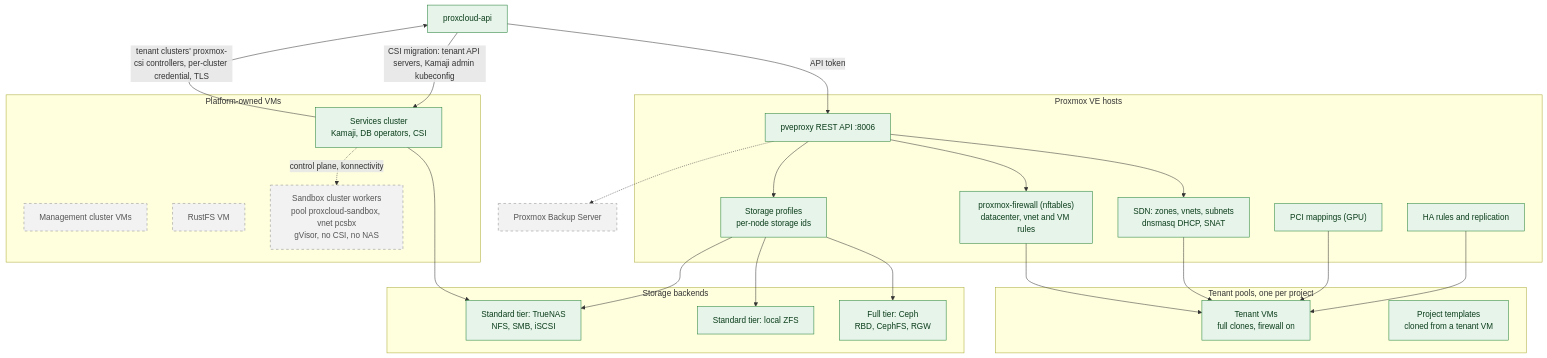
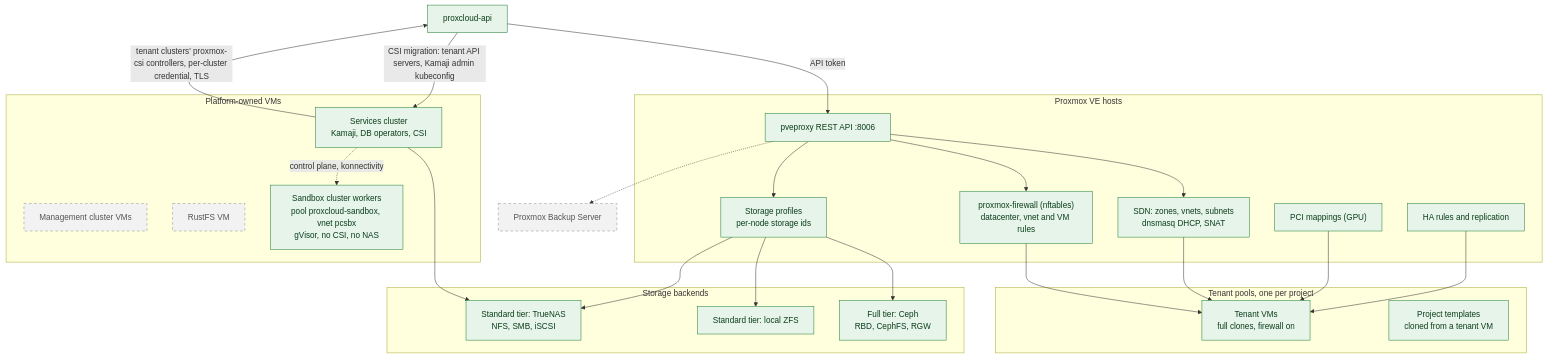
The second of 3 diagrams in docs/architecture/c4/c2-containers.md (mutex-solutions/proxcloud), drawn with Mermaid before and after one commit. The commit also changed other lines of this file and 54 other files, not shown here.

````diff
--- a/docs/architecture/c4/c2-containers.md
+++ b/docs/architecture/c4/c2-containers.md
@@ -78,53 +78,53 @@
 ```mermaid
 flowchart TB
   classDef impl fill:#e6f4ea,stroke:#1e7e34,color:#0b3d1a
   classDef planned fill:#f2f2f2,stroke:#8a8a8a,stroke-dasharray:5 5,color:#555555
 
   api["proxcloud-api"]:::impl
 
   subgraph host["Proxmox VE hosts"]
     papi["pveproxy REST API :8006"]:::impl
     sdn["SDN: zones, vnets, subnets<br/>dnsmasq DHCP, SNAT"]:::impl
     fw["proxmox-firewall (nftables)<br/>datacenter, vnet and VM rules"]:::impl
     sto["Storage profiles<br/>per-node storage ids"]:::impl
     pci["PCI mappings (GPU)"]:::impl
     ha["HA rules and replication"]:::impl
   end
 
   subgraph tenantzone["Tenant pools, one per project"]
     vm["Tenant VMs<br/>full clones, firewall on"]:::impl
     tpl["Project templates<br/>cloned from a tenant VM"]:::impl
   end
 
   subgraph sys["Platform-owned VMs"]
     mgmtvm["Management cluster VMs"]:::planned
     svc["Services cluster<br/>Kamaji, DB operators, CSI"]:::impl
     rfsvm["RustFS VM"]:::planned
-    sbx["Sandbox cluster workers<br/>pool proxcloud-sandbox, vnet pcsbx<br/>gVisor, no CSI, no NAS"]:::planned
+    sbx["Sandbox cluster workers<br/>pool proxcloud-sandbox, vnet pcsbx<br/>gVisor, no CSI, no NAS"]:::impl
   end
 
   subgraph tiers["Storage backends"]
     ceph["Full tier: Ceph<br/>RBD, CephFS, RGW"]:::impl
     zfs["Standard tier: local ZFS"]:::impl
     nas["Standard tier: TrueNAS<br/>NFS, SMB, iSCSI"]:::impl
   end
 
   pbs["Proxmox Backup Server"]:::planned
 
   api -->|"API token"| papi
   papi --> sdn
   papi --> fw
   papi --> sto
   sdn --> vm
   fw --> vm
   pci --> vm
   sto --> ceph
   sto --> zfs
   sto --> nas
   ha --> vm
   svc --> nas
   svc -->|"tenant clusters' proxmox-csi controllers, per-cluster credential, TLS"| api
   api -->|"CSI migration: tenant API servers, Kamaji admin kubeconfig"| svc
   svc -.->|"control plane, konnectivity"| sbx
   papi -.-> pbs
 ```
````
